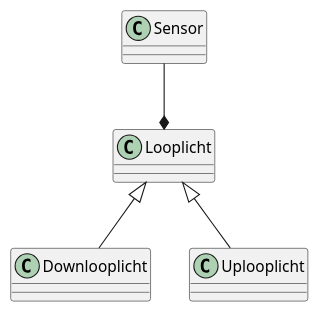
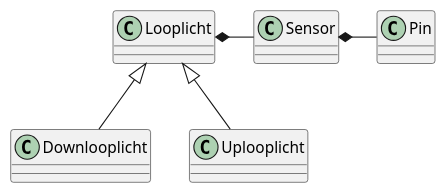
The second of 2 diagrams in README.md (mmusterd/traplicht), drawn with PlantUML before and after one commit. The commit also changed other lines of this file, not shown here.

````diff
--- a/README.md
+++ b/README.md
@@ -18,8 +37,9 @@
 ```puml
 @startuml
-Sensor --* Looplicht
 Looplicht <|-- Downlooplicht
 Looplicht <|-- Uplooplicht
+Looplicht *- Sensor
+Sensor *- Pin
 
 @enduml
 ```
````
